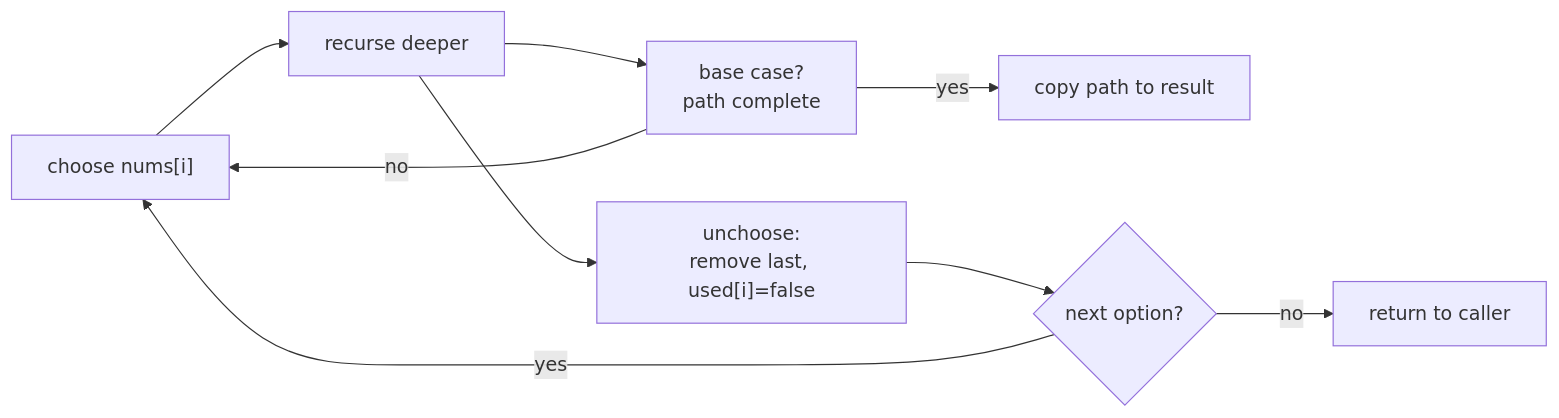
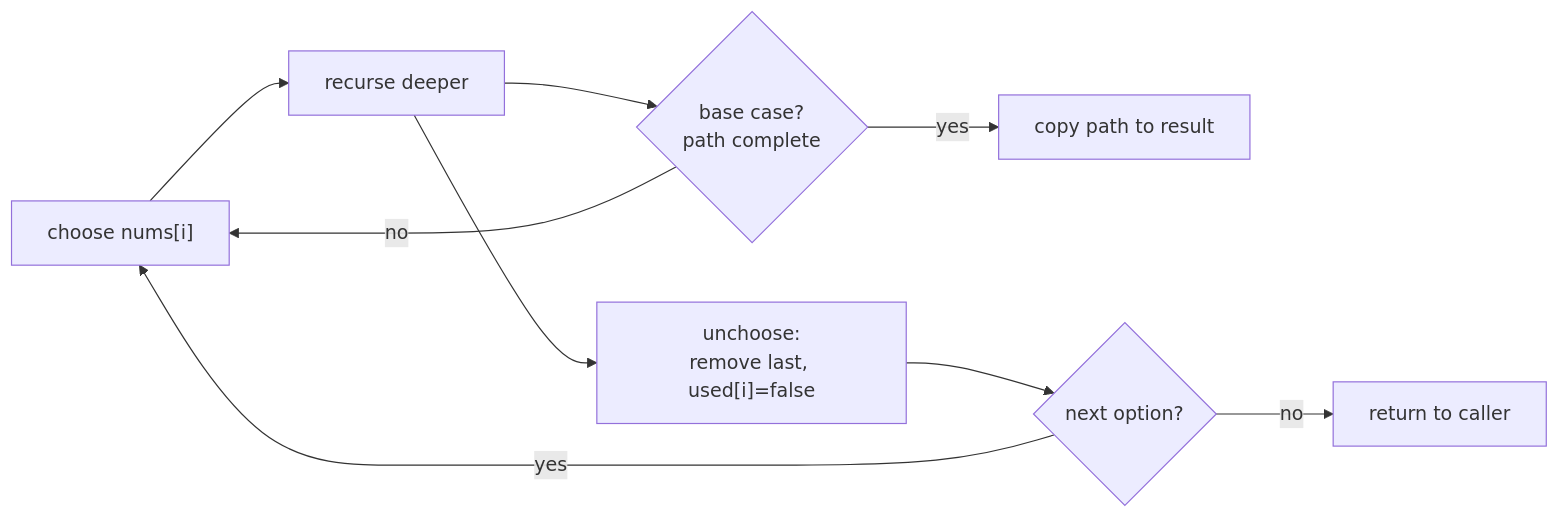
Before and after one commit to kotiansukesh/Engineering-Knowledge-System: the diagram in Coding Patterns/07_Backtracking_DP/01 - Backtracking.md, drawn with Mermaid. The commit also changed other lines of this file and 546 other files, not shown here.

````diff
--- a/Coding Patterns/07_Backtracking_DP/01 - Backtracking.md
+++ b/Coding Patterns/07_Backtracking_DP/01 - Backtracking.md
@@ -16,11 +37,11 @@
 ```mermaid
 flowchart LR
- Ch["choose nums[i]"] --> Rec["recurse deeper"]
- Rec --> B["base case?<br/>path complete"]
- B -->|yes| Out["copy path to result"]
- B -->|no| Ch
- Rec --> Un["unchoose:<br/>remove last, used[i]=false"]
- Un --> N{"next option?"}
- N -->|yes| Ch
- N -->|no| Ret["return to caller"]
+  Ch["choose nums[i]"] --> Rec["recurse deeper"]
+  Rec --> B{"base case?<br/>path complete"}
+  B -->|yes| Out["copy path to result"]
+  B -->|no| Ch
+  Rec --> Un["unchoose:<br/>remove last, used[i]=false"]
+  Un --> N{"next option?"}
+  N -->|yes| Ch
+  N -->|no| Ret["return to caller"]
 ```
````
